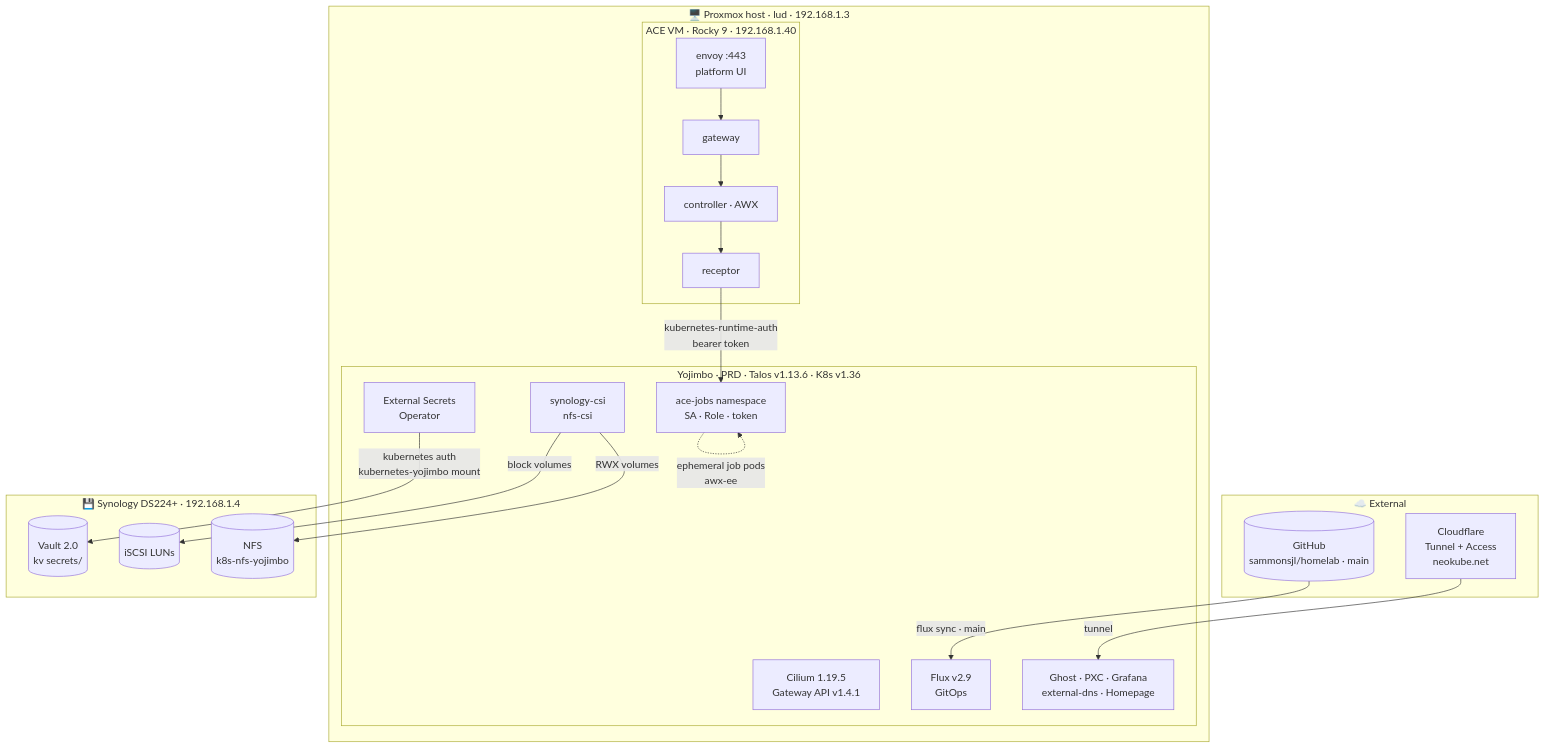
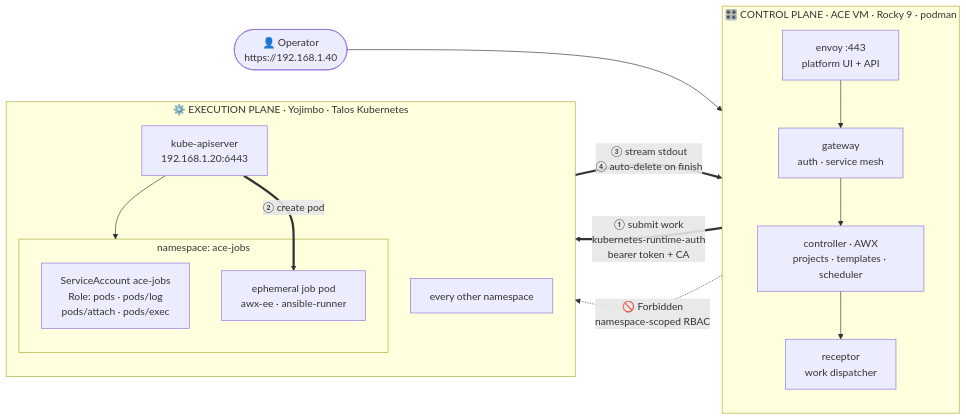
The diagram in README.md (sammonsjl/homelab), drawn with Mermaid before and after one commit. The commit also changed other lines of this file, not shown here.

Commit message:
README: focus architecture diagram on ACE control/execution planes
Replace the everything-diagram with a two-plane view: the podman
control plane on the ACE VM, the ace-jobs execution plane on Yojimbo,
and the numbered job lifecycle across the RBAC boundary.

````diff
--- a/README.md
+++ b/README.md
@@ -40,39 +47,30 @@
 ```mermaid
-flowchart TB
-    subgraph external["☁️ External"]
-        GH[("GitHub<br/>sammonsjl/homelab · main")]
-        CF["Cloudflare<br/>Tunnel + Access<br/>neokube.net"]
+flowchart LR
+    user(["👤 Operator<br/>https://192.168.1.40"])
+
+    subgraph cp["🎛️ CONTROL PLANE · ACE VM · Rocky 9 · podman"]
+        direction TB
+        envoy["envoy :443<br/>platform UI + API"]
+        gateway["gateway<br/>auth · service mesh"]
+        controller["controller · AWX<br/>projects · templates · scheduler"]
+        receptor["receptor<br/>work dispatcher"]
+        envoy --> gateway --> controller --> receptor
     end
 
-    subgraph lud["🖥️ Proxmox host · lud · 192.168.1.3"]
-        subgraph yojimbo["Yojimbo · PRD · Talos v1.13.6 · K8s v1.36"]
-            flux["Flux v2.9<br/>GitOps"]
-            cilium["Cilium 1.19.5<br/>Gateway API v1.4.1"]
-            eso["External Secrets<br/>Operator"]
-            csi["synology-csi<br/>nfs-csi"]
-            apps["Ghost · PXC · Grafana<br/>external-dns · Homepage"]
-            acejobs["ace-jobs namespace<br/>SA · Role · token"]
+    subgraph ep["⚙️ EXECUTION PLANE · Yojimbo · Talos Kubernetes"]
+        direction TB
+        api["kube-apiserver<br/>192.168.1.20:6443"]
+        subgraph ns["namespace: ace-jobs"]
+            sa["ServiceAccount ace-jobs<br/>Role: pods · pods/log<br/>pods/attach · pods/exec"]
+            pod["ephemeral job pod<br/>awx-ee · ansible-runner"]
         end
-        subgraph acevm["ACE VM · Rocky 9 · 192.168.1.40"]
-            envoy["envoy :443<br/>platform UI"]
-            gateway["gateway"]
-            controller["controller · AWX"]
-            receptor["receptor"]
-        end
+        other["every other namespace"]
+        api --> ns
     end
 
-    subgraph nas["💾 Synology DS224+ · 192.168.1.4"]
-        vault[("Vault 2.0<br/>kv secrets/")]
-        iscsi[("iSCSI LUNs")]
-        nfs[("NFS<br/>k8s-nfs-yojimbo")]
-    end
-
-    GH -- "flux sync · main" --> flux
-    CF -- "tunnel" --> apps
-    envoy --> gateway --> controller --> receptor
-    receptor -- "kubernetes-runtime-auth<br/>bearer token" --> acejobs
-    acejobs -. "ephemeral job pods<br/>awx-ee" .-> acejobs
-    eso -- "kubernetes auth<br/>kubernetes-yojimbo mount" --> vault
-    csi -- "block volumes" --> iscsi
-    csi -- "RWX volumes" --> nfs
+    user --> envoy
+    receptor == "① submit work<br/>kubernetes-runtime-auth<br/>bearer token + CA" ==> api
+    api == "② create pod" ==> pod
+    pod == "③ stream stdout<br/>④ auto-delete on finish" ==> receptor
+    receptor -. "🚫 Forbidden<br/>namespace-scoped RBAC" .-> other
 ```
````
